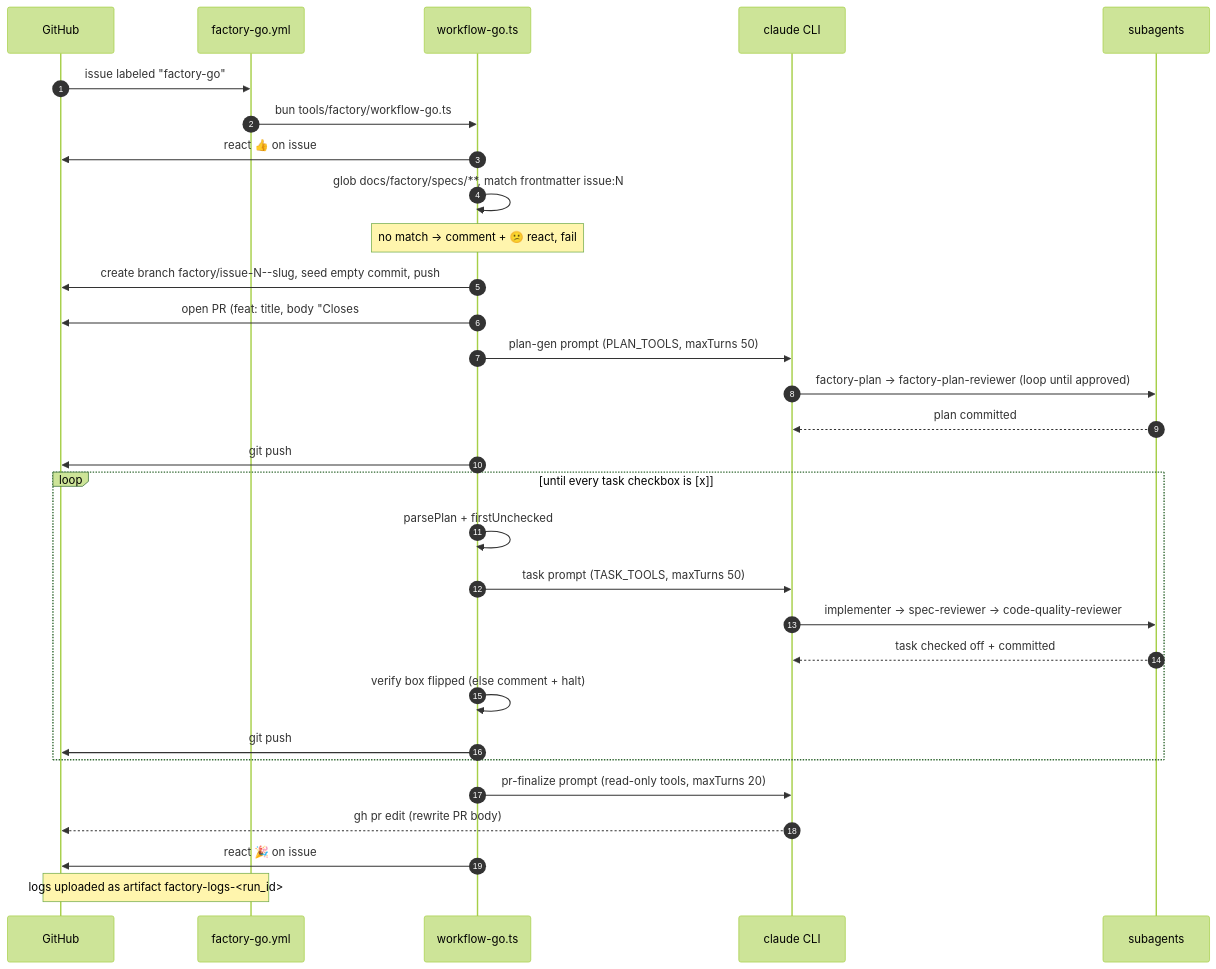
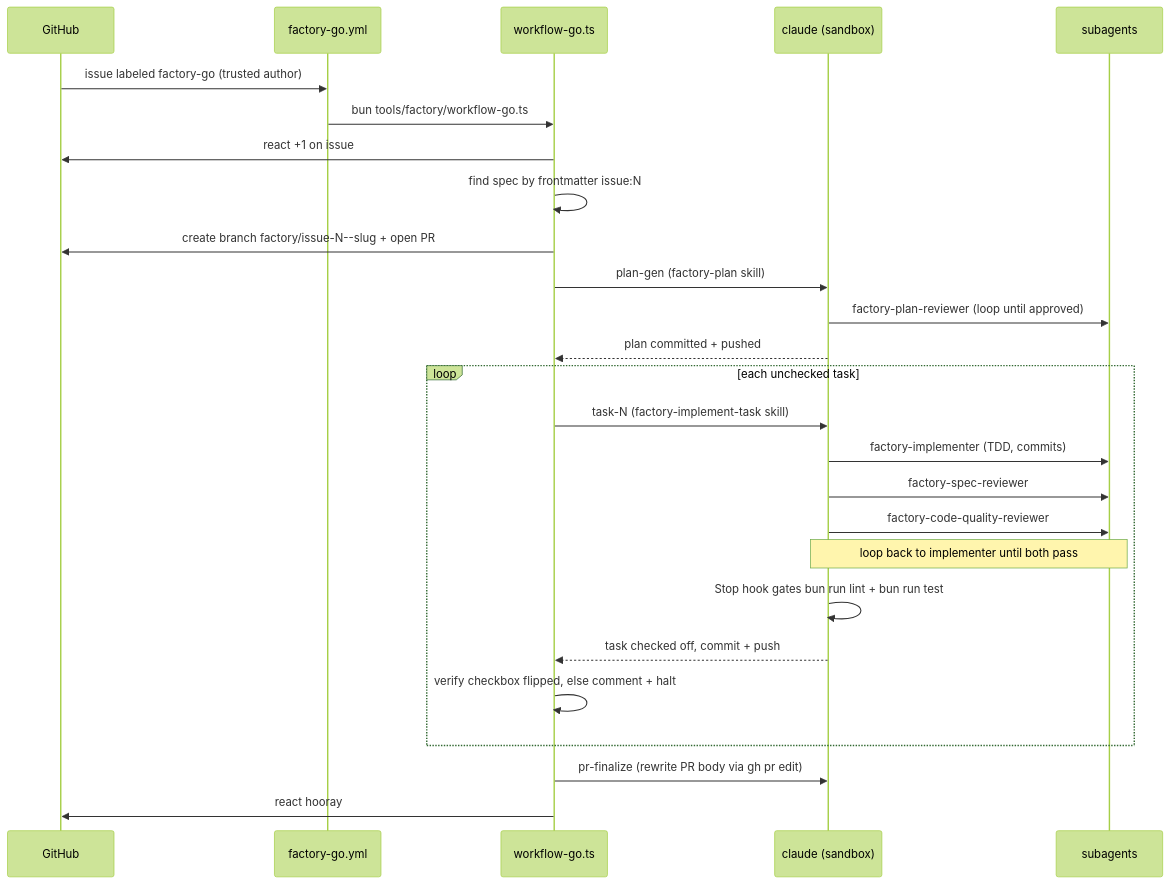
Before and after one commit to jost-kuenzel/claude-workshop: the second of 2 diagrams in docs/factory/factory-process-guide.md, drawn with Mermaid (forest theme). The commit also changed other lines of this file, not shown here.

Commit message:
docs: updated factory doc

````diff
--- a/docs/factory/factory-process-guide.md
+++ b/docs/factory/factory-process-guide.md
@@ -201,36 +199,29 @@
 ```mermaid
 sequenceDiagram
-    autonumber
     participant GH as GitHub
     participant WF as factory-go.yml
     participant ORCH as workflow-go.ts
-    participant CL as claude CLI
-    participant AG as subagents
+    participant CLA as claude (sandbox)
+    participant SUB as subagents
 
-    GH->>WF: issue labeled "factory-go"
+    GH->>WF: issue labeled factory-go (trusted author)
     WF->>ORCH: bun tools/factory/workflow-go.ts
-    ORCH->>GH: react 👍 on issue
-    ORCH->>ORCH: glob docs/factory/specs/**, match frontmatter issue:N
-    Note over ORCH: no match → comment + 😕 react, fail
-    ORCH->>GH: create branch factory/issue-N--slug, seed empty commit, push
-    ORCH->>GH: open PR (feat: title, body "Closes #N")
-
-    ORCH->>CL: plan-gen prompt (PLAN_TOOLS, maxTurns 50)
-    CL->>AG: factory-plan → factory-plan-reviewer (loop until approved)
-    AG-->>CL: plan committed
-    ORCH->>GH: git push
-
-    loop until every task checkbox is [x]
-        ORCH->>ORCH: parsePlan + firstUnchecked
-        ORCH->>CL: task prompt (TASK_TOOLS, maxTurns 50)
-        CL->>AG: implementer → spec-reviewer → code-quality-reviewer
-        AG-->>CL: task checked off + committed
-        ORCH->>ORCH: verify box flipped (else comment + halt)
-        ORCH->>GH: git push
+    ORCH->>GH: react +1 on issue
+    ORCH->>ORCH: find spec by frontmatter issue:N
+    ORCH->>GH: create branch factory/issue-N--slug + open PR
+    ORCH->>CLA: plan-gen (factory-plan skill)
+    CLA->>SUB: factory-plan-reviewer (loop until approved)
+    CLA-->>ORCH: plan committed + pushed
+    loop each unchecked task
+        ORCH->>CLA: task-N (factory-implement-task skill)
+        CLA->>SUB: factory-implementer (TDD, commits)
+        CLA->>SUB: factory-spec-reviewer
+        CLA->>SUB: factory-code-quality-reviewer
+        Note over CLA,SUB: loop back to implementer until both pass
+        CLA->>CLA: Stop hook gates bun run lint + bun run test
+        CLA-->>ORCH: task checked off, commit + push
+        ORCH->>ORCH: verify checkbox flipped, else comment + halt
     end
-
-    ORCH->>CL: pr-finalize prompt (read-only tools, maxTurns 20)
-    CL-->>GH: gh pr edit (rewrite PR body)
-    ORCH->>GH: react 🎉 on issue
-    Note over WF,GH: logs uploaded as artifact factory-logs-<run_id>
+    ORCH->>CLA: pr-finalize (rewrite PR body via gh pr edit)
+    ORCH->>GH: react hooray
 ```
````
